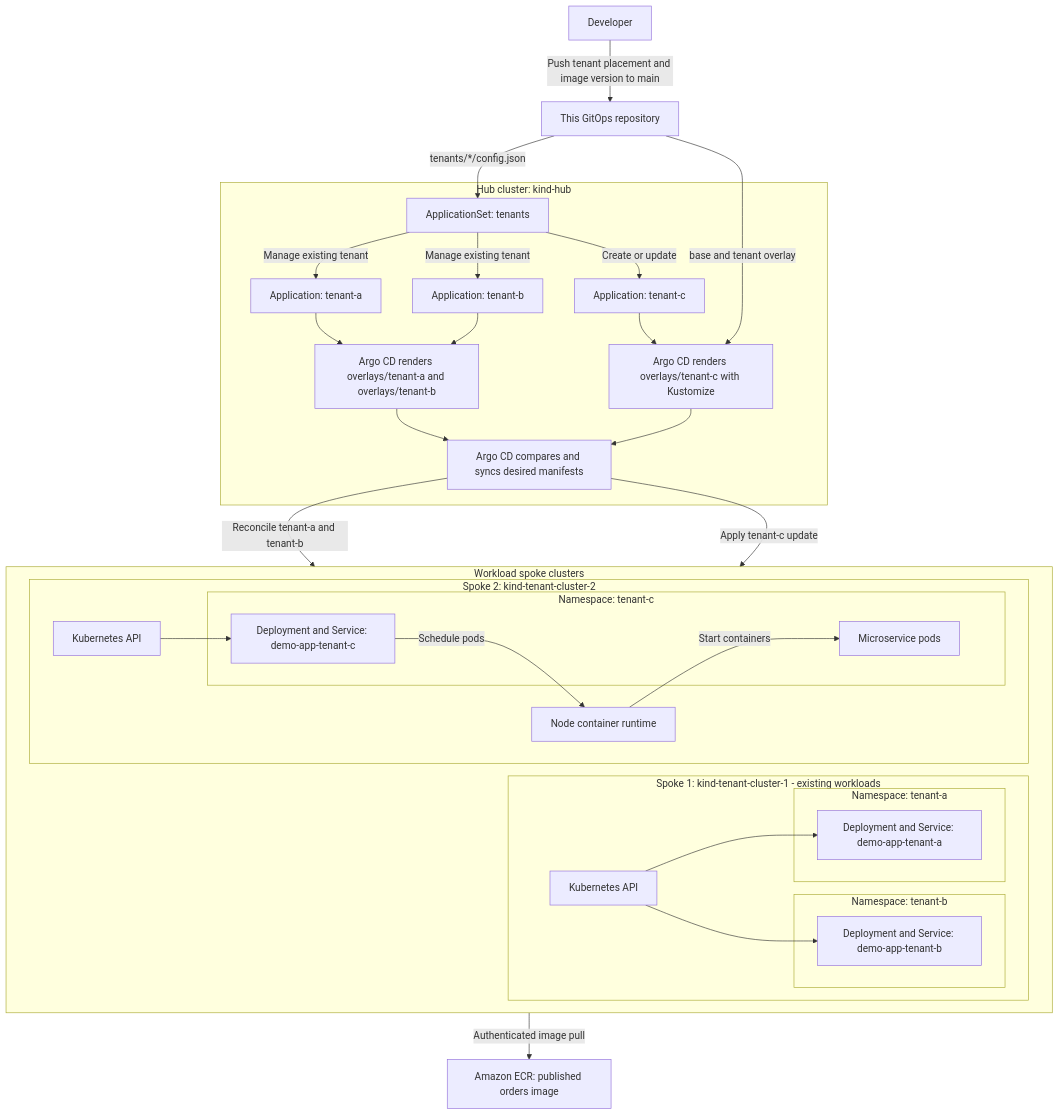
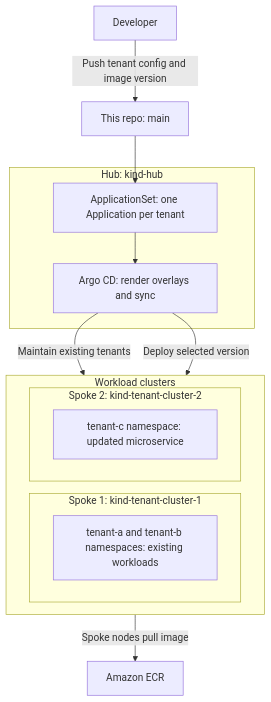
One commit to vamsee/k8s-hub-spoke changed the second of 2 diagrams in docs/deploy.md. Above: the diagram before and after it, drawn with Mermaid. The commit also changed other lines of this file, not shown here.

````diff
--- a/docs/deploy.md
+++ b/docs/deploy.md
@@ -44,55 +36,25 @@
 ```mermaid
 flowchart TB
-    developer["Developer"] -->|Push tenant placement and image version to main| git["This GitOps repository"]
+    developer["Developer"] -->|Push tenant config and image version| git["This repo: main"]
 
-    subgraph hub["Hub cluster: kind-hub"]
-        appset["ApplicationSet: tenants"]
-        app_a["Application: tenant-a"]
-        app_b["Application: tenant-b"]
-        app["Application: tenant-c"]
-        render_existing["Argo CD renders overlays/tenant-a and overlays/tenant-b"]
-        render["Argo CD renders overlays/tenant-c with Kustomize"]
-        sync["Argo CD compares and syncs desired manifests"]
-        appset -->|Create or update| app
-        appset -->|Manage existing tenant| app_a
-        appset -->|Manage existing tenant| app_b
-        app_a --> render_existing
-        app_b --> render_existing
-        render_existing --> sync
-        app --> render --> sync
+    subgraph hub["Hub: kind-hub"]
+        appset["ApplicationSet: one Application per tenant"]
+        argocd["Argo CD: render overlays and sync"]
+        appset --> argocd
     end
+    git --> appset
 
-    git -->|tenants/*/config.json| appset
-    git -->|base and tenant overlay| render
-
-    subgraph spokes["Workload spoke clusters"]
+    subgraph spokes["Workload clusters"]
         direction LR
-        subgraph spoke1["Spoke 1: kind-tenant-cluster-1 - existing workloads"]
-            api1["Kubernetes API"]
-            subgraph tenant_a["Namespace: tenant-a"]
-                workload_a["Deployment and Service: demo-app-tenant-a"]
-            end
-            subgraph tenant_b["Namespace: tenant-b"]
-                workload_b["Deployment and Service: demo-app-tenant-b"]
-            end
-            api1 --> workload_a
-            api1 --> workload_b
+        subgraph spoke1["Spoke 1: kind-tenant-cluster-1"]
+            existing["tenant-a and tenant-b namespaces: existing workloads"]
         end
-
-        subgraph spoke["Spoke 2: kind-tenant-cluster-2"]
-            api["Kubernetes API"]
-            runtime["Node container runtime"]
-            subgraph tenant["Namespace: tenant-c"]
-                workload["Deployment and Service: demo-app-tenant-c"]
-                pods["Microservice pods"]
-            end
-            api --> workload
-            workload -->|Schedule pods| runtime
-            runtime -->|Start containers| pods
+        subgraph spoke2["Spoke 2: kind-tenant-cluster-2"]
+            updated["tenant-c namespace: updated microservice"]
         end
     end
 
-    sync -->|Reconcile tenant-a and tenant-b| api1
-    sync -->|Apply tenant-c update| api
-    runtime -->|Authenticated image pull| ecr["Amazon ECR: published orders image"]
+    argocd -->|Maintain existing tenants| existing
+    argocd -->|Deploy selected version| updated
+    updated -->|Spoke nodes pull image| ecr["Amazon ECR"]
 ```
````
